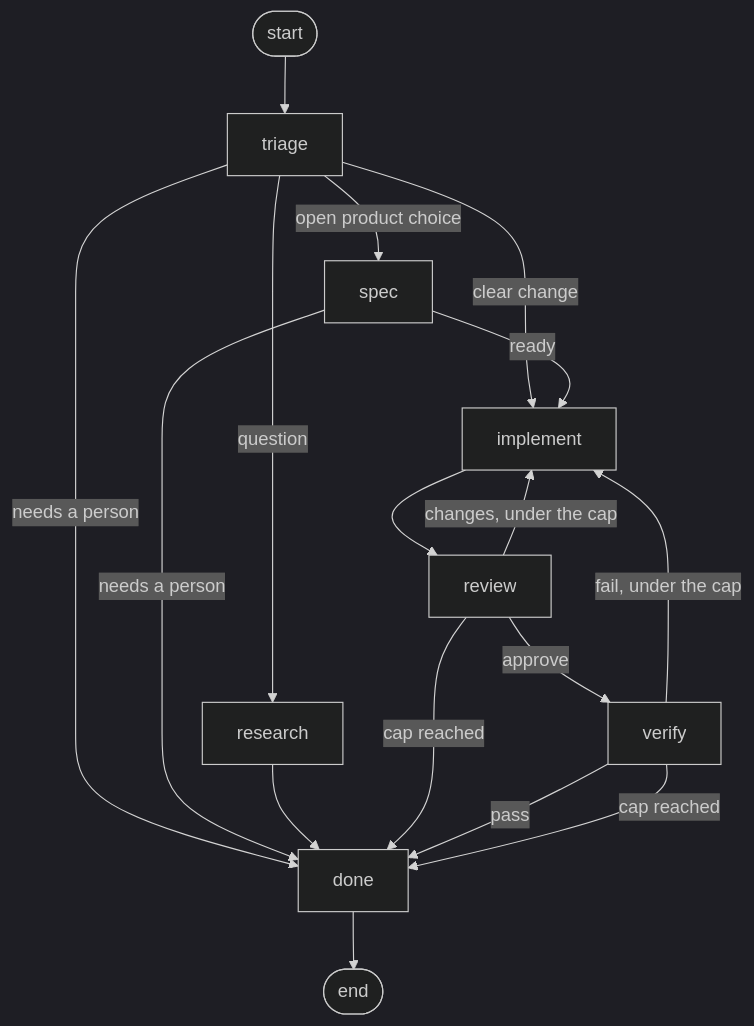
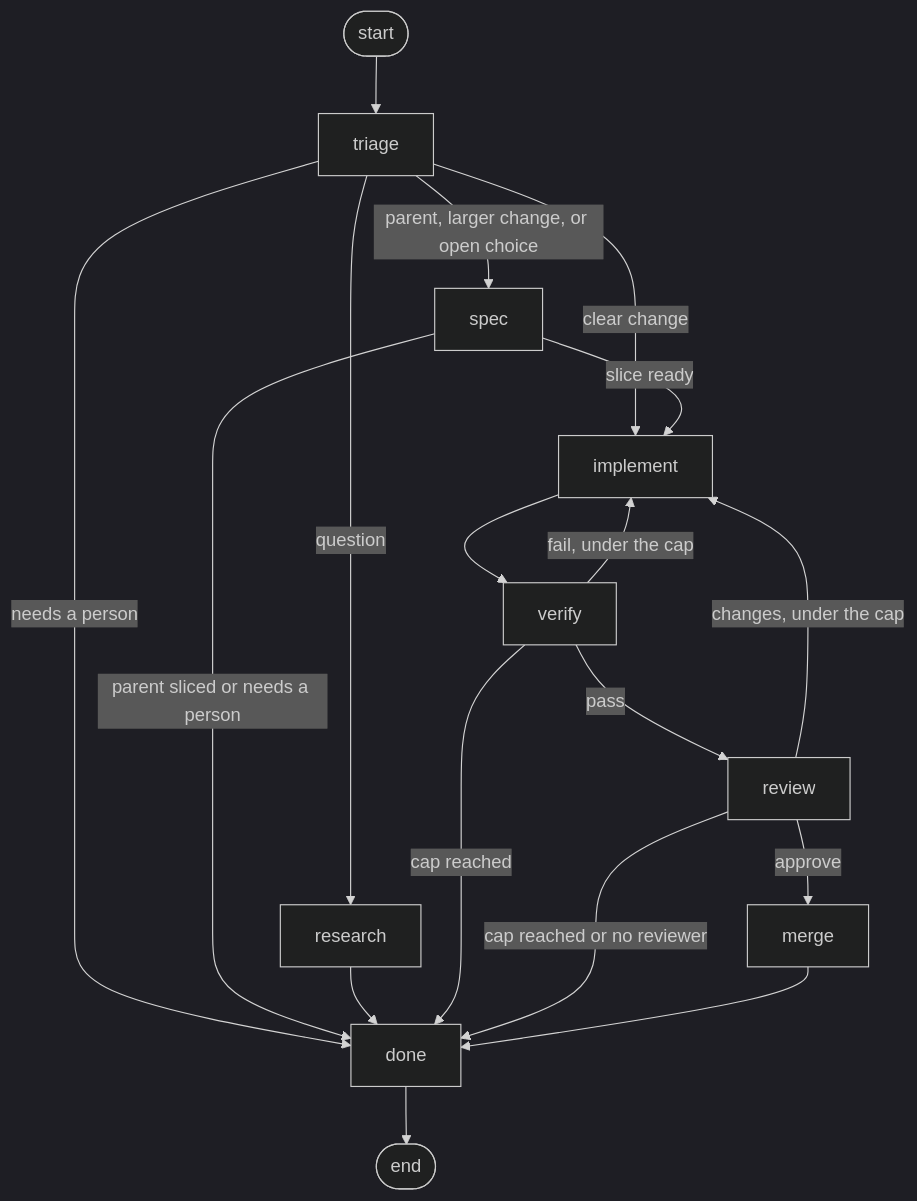
One commit to bookout-labs/tools changed the diagram in README.md. Above: the diagram before and after it, drawn with Mermaid (dark theme). The commit also changed other lines of this file and 16 other files, not shown here.

Commit message:
Enforce the delivery graph contract

````diff
--- a/README.md
+++ b/README.md
@@ -9,19 +9,20 @@
 ```mermaid
 flowchart TD
   __start__([start]) --> triage
   triage -->|clear change| implement
-  triage -->|open product choice| spec
+  triage -->|parent, larger change, or open choice| spec
   triage -->|question| research
   triage -->|needs a person| done
-  spec -->|ready| implement
-  spec -->|needs a person| done
+  spec -->|slice ready| implement
+  spec -->|parent sliced or needs a person| done
   research --> done
-  implement --> review
-  review -->|approve| verify
-  review -->|changes, under the cap| implement
-  review -->|cap reached| done
-  verify -->|pass| done
+  implement --> verify
+  verify -->|pass| review
   verify -->|fail, under the cap| implement
   verify -->|cap reached| done
+  review -->|approve| merge
+  review -->|changes, under the cap| implement
+  review -->|cap reached or no reviewer| done
+  merge --> done
   done --> __end__([end])
 ```
````
